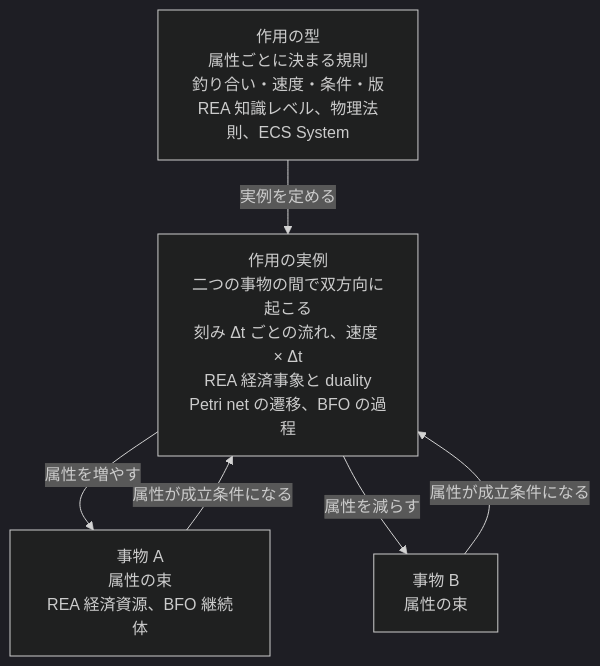
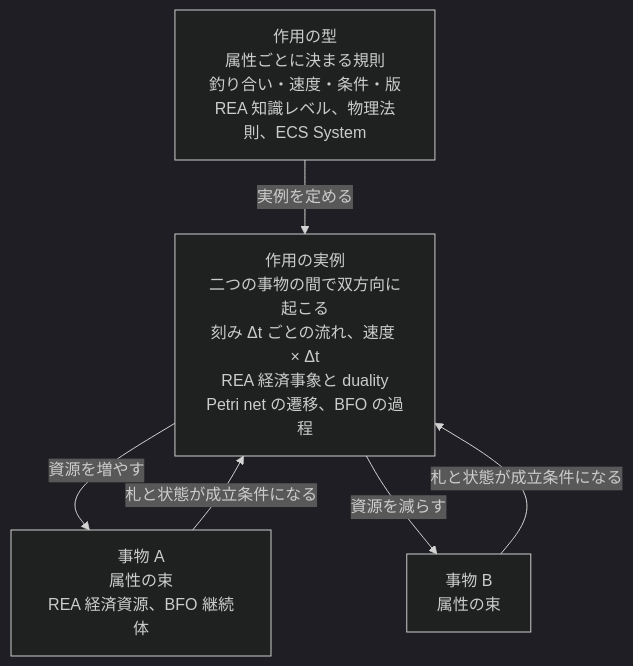
Before and after one commit to demerzel09/Medieval-Simulator: the second of 2 diagrams in docs/DESIGN.md, drawn with Mermaid (dark theme). The commit also changed other lines of this file and 12 other files, not shown here.

````diff
--- a/docs/DESIGN.md
+++ b/docs/DESIGN.md
@@ -76,12 +79,12 @@
 ```mermaid
 flowchart TD
   T["作用の型<br/>属性ごとに決まる規則<br/>釣り合い・速度・条件・版<br/>REA 知識レベル、物理法則、ECS System"]
   E["作用の実例<br/>二つの事物の間で双方向に起こる<br/>刻み Δt ごとの流れ、速度 × Δt<br/>REA 経済事象と duality<br/>Petri net の遷移、BFO の過程"]
   X1["事物 A<br/>属性の束<br/>REA 経済資源、BFO 継続体"]
   X2["事物 B<br/>属性の束"]
   T -->|"実例を定める"| E
-  E -->|"属性を増やす"| X1
-  E -->|"属性を減らす"| X2
-  X1 -->|"属性が成立条件になる"| E
-  X2 -->|"属性が成立条件になる"| E
+  E -->|"資源を増やす"| X1
+  E -->|"資源を減らす"| X2
+  X1 -->|"札と状態が成立条件になる"| E
+  X2 -->|"札と状態が成立条件になる"| E
 ```
````
